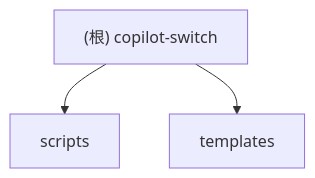
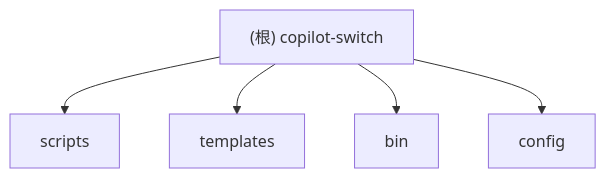
Before and after one commit to hjnnjh/copilot-switch-agent: the diagram in CLAUDE.md, drawn with Mermaid. The commit also changed other lines of this file and 3 other files, not shown here.

````diff
--- a/CLAUDE.md
+++ b/CLAUDE.md
@@ -14,8 +14,10 @@
 ```mermaid
 graph TD
     A["(根) copilot-switch"] --> B["scripts"];
     A --> C["templates"];
+    A --> D["bin"];
+    A --> E["config"];
 
     click B "./scripts/CLAUDE.md" "查看 scripts 模块文档"
     click C "./templates/CLAUDE.md" "查看 templates 模块文档"
 ```
````
